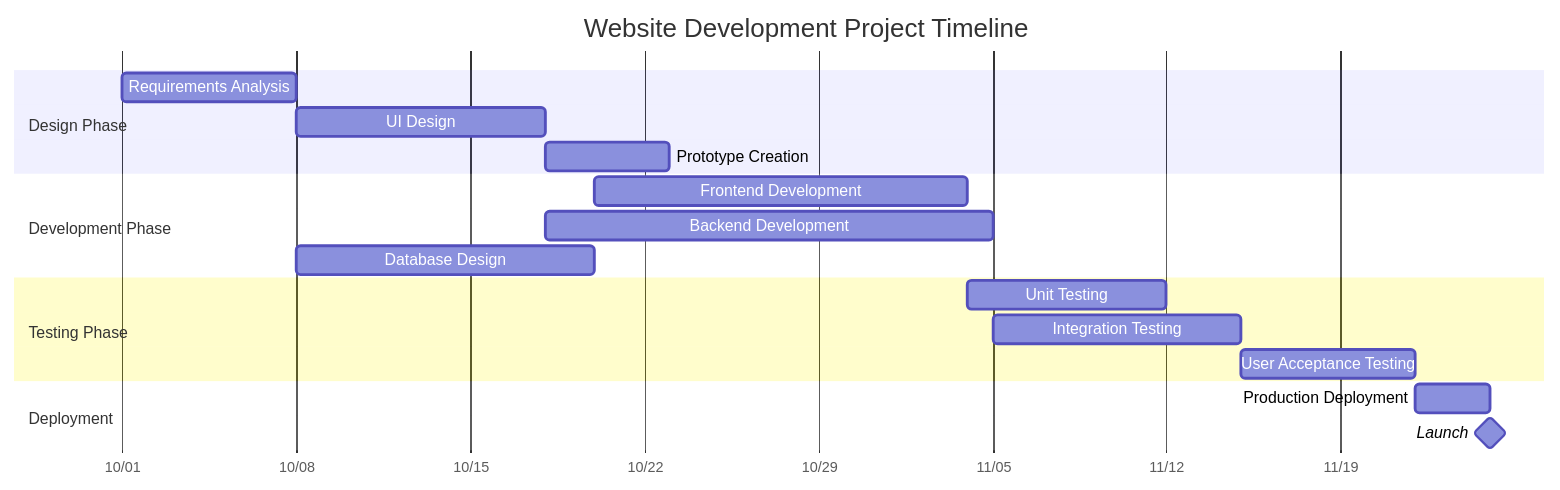
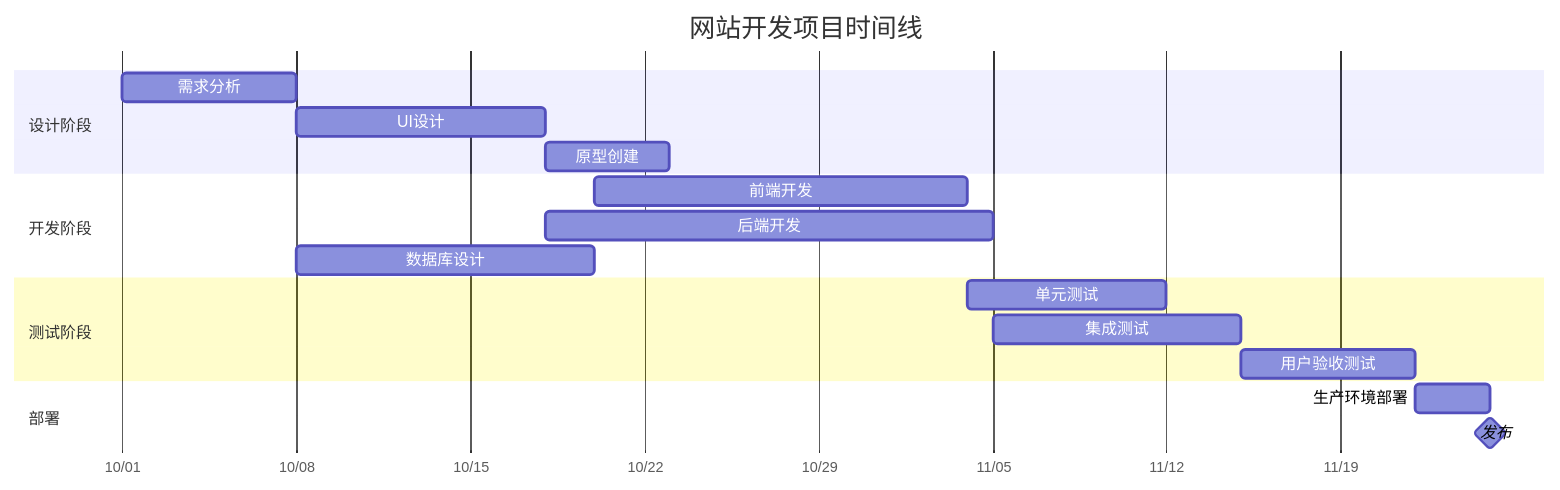
Before and after one commit to tb-miao/blog: the third of 6 diagrams in src/content/posts/markdown-mermaid.md, drawn with Mermaid. The commit also changed other lines of this file and 909 other files, not shown here.

````diff
--- a/src/content/posts/markdown-mermaid.md
+++ b/src/content/posts/markdown-mermaid.md
@@ -75,25 +75,25 @@
 ```mermaid
 gantt
-    title Website Development Project Timeline
+    title 网站开发项目时间线
     dateFormat  YYYY-MM-DD
     axisFormat  %m/%d
     
-    section Design Phase
-    Requirements Analysis      :a1, 2023-10-01, 7d
-    UI Design                 :a2, after a1, 10d
-    Prototype Creation        :a3, after a2, 5d
+    section 设计阶段
+    需求分析      :a1, 2023-10-01, 7d
+    UI设计                 :a2, after a1, 10d
+    原型创建        :a3, after a2, 5d
     
-    section Development Phase
-    Frontend Development      :b1, 2023-10-20, 15d
-    Backend Development       :b2, after a2, 18d
-    Database Design           :b3, after a1, 12d
+    section 开发阶段
+    前端开发      :b1, 2023-10-20, 15d
+    后端开发       :b2, after a2, 18d
+    数据库设计           :b3, after a1, 12d
     
-    section Testing Phase
-    Unit Testing              :c1, after b1, 8d
-    Integration Testing       :c2, after b2, 10d
-    User Acceptance Testing   :c3, after c2, 7d
+    section 测试阶段
+    单元测试              :c1, after b1, 8d
+    集成测试       :c2, after b2, 10d
+    用户验收测试   :c3, after c2, 7d
     
-    section Deployment
-    Production Deployment     :d1, after c3, 3d
-    Launch                    :milestone, after d1, 0d
+    section 部署
+    生产环境部署     :d1, after c3, 3d
+    发布                    :milestone, after d1, 0d
 ```
````
